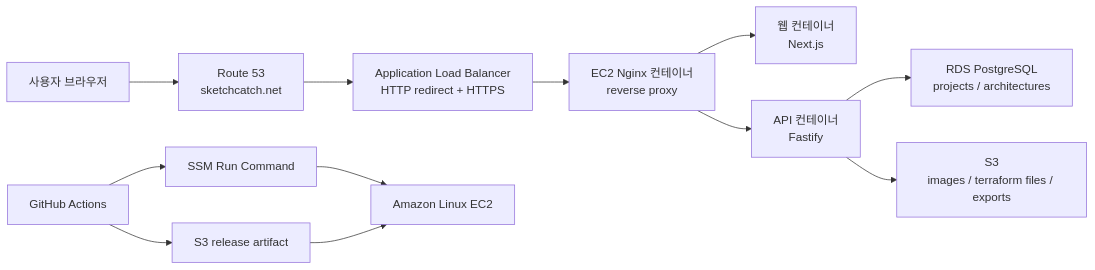
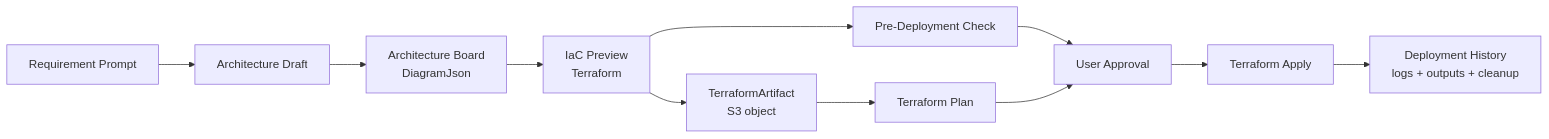
The second of 2 diagrams in docs/architecture.md (NearthYou/SketchCatch), drawn with Mermaid before and after one commit. The commit also changed other lines of this file and 6 other files, not shown here.

````diff
--- a/docs/architecture.md
+++ b/docs/architecture.md
@@ -76,15 +80,13 @@
 ```mermaid
 flowchart LR
-  User["사용자 브라우저"] --> Route53["Route 53\nsketchcatch.net"]
-  Route53 --> ALB["Application Load Balancer\nHTTP redirect + HTTPS"]
-  ALB --> Nginx["EC2 Nginx 컨테이너\nreverse proxy"]
-  Nginx --> Web["웹 컨테이너\nNext.js"]
-  Nginx --> Api["API 컨테이너\nFastify"]
-  Api --> RDS["RDS PostgreSQL\nprojects / architectures"]
-  Api --> S3["S3\nimages / terraform files / exports"]
-
-  GitHub["GitHub Actions"] --> Artifact["S3 release artifact"]
-  GitHub --> SSM["SSM Run Command"]
-  SSM --> EC2["Amazon Linux EC2"]
-  Artifact --> EC2
+  Prompt["Requirement Prompt"] --> Draft["Architecture Draft"]
+  Draft --> Board["Architecture Board\nDiagramJson"]
+  Board --> IaC["IaC Preview\nTerraform"]
+  IaC --> Check["Pre-Deployment Check"]
+  IaC --> Artifact["TerraformArtifact\nS3 object"]
+  Artifact --> Plan["Terraform Plan"]
+  Check --> Approval["User Approval"]
+  Plan --> Approval
+  Approval --> Apply["Terraform Apply"]
+  Apply --> History["Deployment History\nlogs + outputs + cleanup"]
 ```
````
